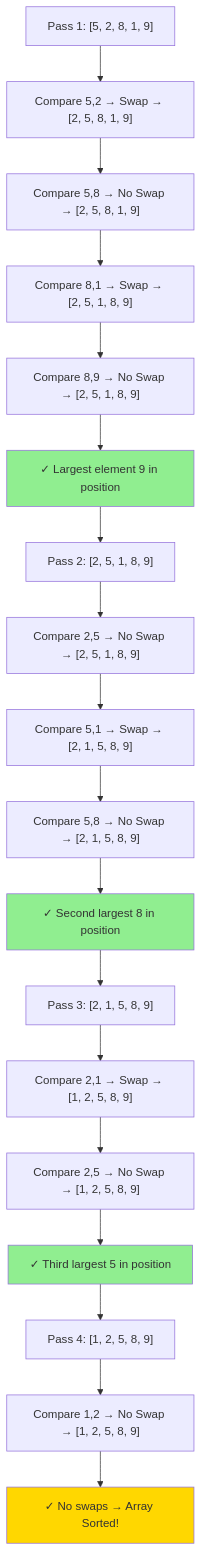
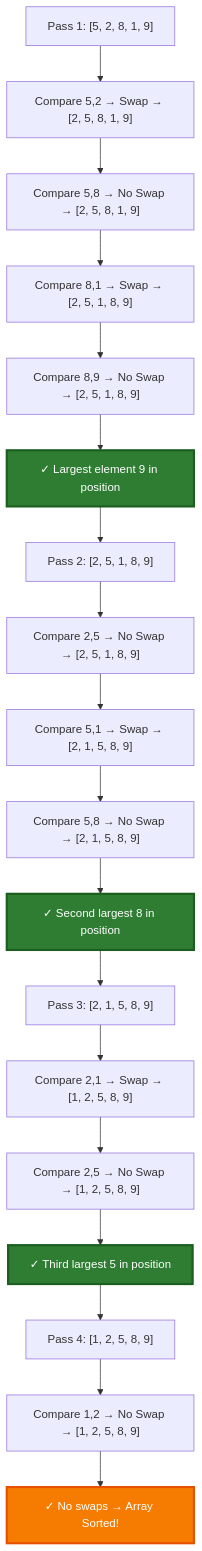
Before and after one commit to pentoshi007/tuf: the first of 13 diagrams in dsa/Advanced/sorting/README.md, drawn with Mermaid. The commit also changed other lines of this file, not shown here.

First line of the commit message:
Improve visibility of Mermaid diagrams with better color contrast

````diff
--- a/dsa/Advanced/sorting/README.md
+++ b/dsa/Advanced/sorting/README.md
@@ -87,28 +89,28 @@
 ```mermaid
 graph TD
     A["Pass 1: [5, 2, 8, 1, 9]"] --> B["Compare 5,2 → Swap → [2, 5, 8, 1, 9]"]
     B --> C["Compare 5,8 → No Swap → [2, 5, 8, 1, 9]"]
     C --> D["Compare 8,1 → Swap → [2, 5, 1, 8, 9]"]
     D --> E["Compare 8,9 → No Swap → [2, 5, 1, 8, 9]"]
     E --> F["✓ Largest element 9 in position"]
-    
+
     F --> G["Pass 2: [2, 5, 1, 8, 9]"]
     G --> H["Compare 2,5 → No Swap → [2, 5, 1, 8, 9]"]
     H --> I["Compare 5,1 → Swap → [2, 1, 5, 8, 9]"]
     I --> J["Compare 5,8 → No Swap → [2, 1, 5, 8, 9]"]
     J --> K["✓ Second largest 8 in position"]
-    
+
     K --> L["Pass 3: [2, 1, 5, 8, 9]"]
     L --> M["Compare 2,1 → Swap → [1, 2, 5, 8, 9]"]
     M --> N["Compare 2,5 → No Swap → [1, 2, 5, 8, 9]"]
     N --> O["✓ Third largest 5 in position"]
-    
+
     O --> P["Pass 4: [1, 2, 5, 8, 9]"]
     P --> Q["Compare 1,2 → No Swap → [1, 2, 5, 8, 9]"]
     Q --> R["✓ No swaps → Array Sorted!"]
-    
-    style F fill:#90EE90
-    style K fill:#90EE90
-    style O fill:#90EE90
-    style R fill:#FFD700
+
+    style F fill:#2E7D32,stroke:#1B5E20,stroke-width:3px,color:#fff
+    style K fill:#2E7D32,stroke:#1B5E20,stroke-width:3px,color:#fff
+    style O fill:#2E7D32,stroke:#1B5E20,stroke-width:3px,color:#fff
+    style R fill:#F57C00,stroke:#E65100,stroke-width:3px,color:#fff
 ```
````
